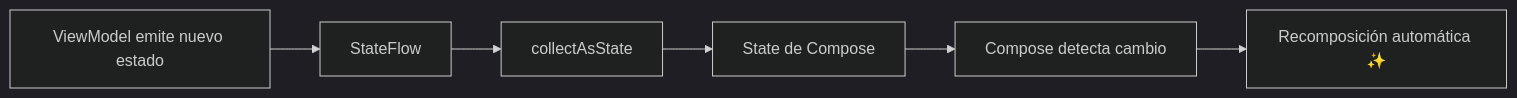
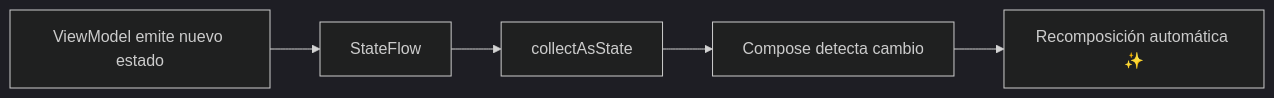
One commit to jssdocente/pmdm2526d changed the fifth of 12 diagrams in docs/temas/proyectos/GameVault/02-LoginScreen.md. Above: the diagram before and after it, drawn with Mermaid (dark theme). The commit also changed other lines of this file and 4 other files, not shown here.

````diff
--- a/docs/temas/proyectos/GameVault/02-LoginScreen.md
+++ b/docs/temas/proyectos/GameVault/02-LoginScreen.md
@@ -693,8 +705,7 @@
 ```mermaid
 graph LR
     A[ViewModel emite nuevo estado] --> B[StateFlow]
     B --> C[collectAsState]
-    C --> D[State de Compose]
-    D --> E[Compose detecta cambio]
-    E --> F[Recomposición automática ✨]
+    C --> D[Compose detecta cambio]
+    D --> E[Recomposición automática ✨]
 ```
````
